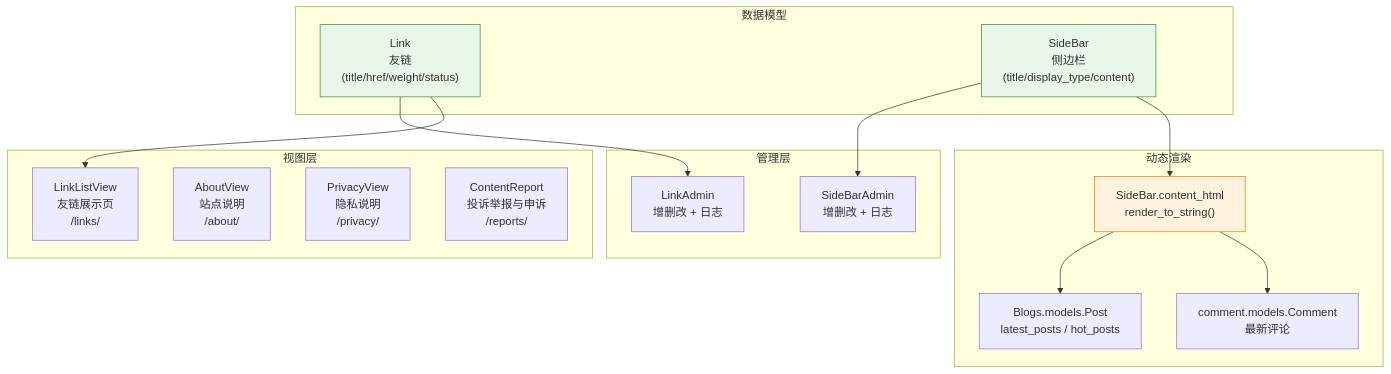
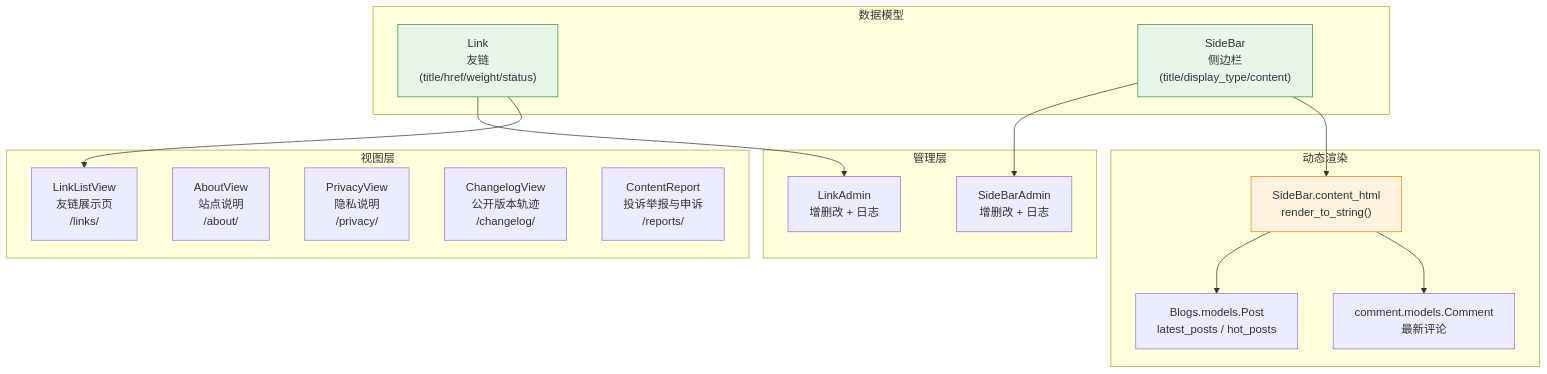
Before and after one commit to se-veN714/PowerAdapterBlogs: the first of 7 diagrams in config/DEVELOPMENT.md, drawn with Mermaid. The commit also changed other lines of this file and 8 other files, not shown here.

````diff
--- a/config/DEVELOPMENT.md
+++ b/config/DEVELOPMENT.md
@@ -26,36 +27,37 @@
 ```mermaid
 flowchart TD
     subgraph models["数据模型"]
         LINK["Link<br/>友链<br/>(title/href/weight/status)"]
         SB["SideBar<br/>侧边栏<br/>(title/display_type/content)"]
     end
 
     subgraph admin["管理层"]
         LA["LinkAdmin<br/>增删改 + 日志"]
         SBA["SideBarAdmin<br/>增删改 + 日志"]
     end
 
     subgraph views["视图层"]
         LLV["LinkListView<br/>友链展示页<br/>/links/"]
         ABOUT["AboutView<br/>站点说明<br/>/about/"]
         PRIVACY["PrivacyView<br/>隐私说明<br/>/privacy/"]
+        CHANGELOG["ChangelogView<br/>公开版本轨迹<br/>/changelog/"]
         REPORT["ContentReport<br/>投诉举报与申诉<br/>/reports/"]
     end
 
     subgraph render["动态渲染"]
         SBP["SideBar.content_html<br/>render_to_string()"]
         BLOG["Blogs.models.Post<br/>latest_posts / hot_posts"]
         CM["comment.models.Comment<br/>最新评论"]
     end
 
     LINK --> LA
     SB --> SBA
     LINK --> LLV
     SB --> SBP
     SBP --> BLOG
     SBP --> CM
 
     style LINK fill:#e8f5e9,stroke:#388e3c
     style SB fill:#e8f5e9,stroke:#388e3c
     style SBP fill:#fff3e0,stroke:#f57c00
 ```
````
